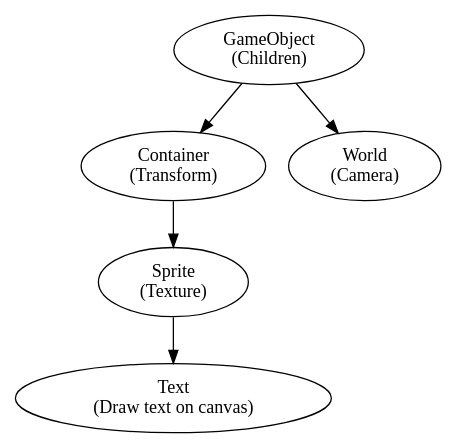
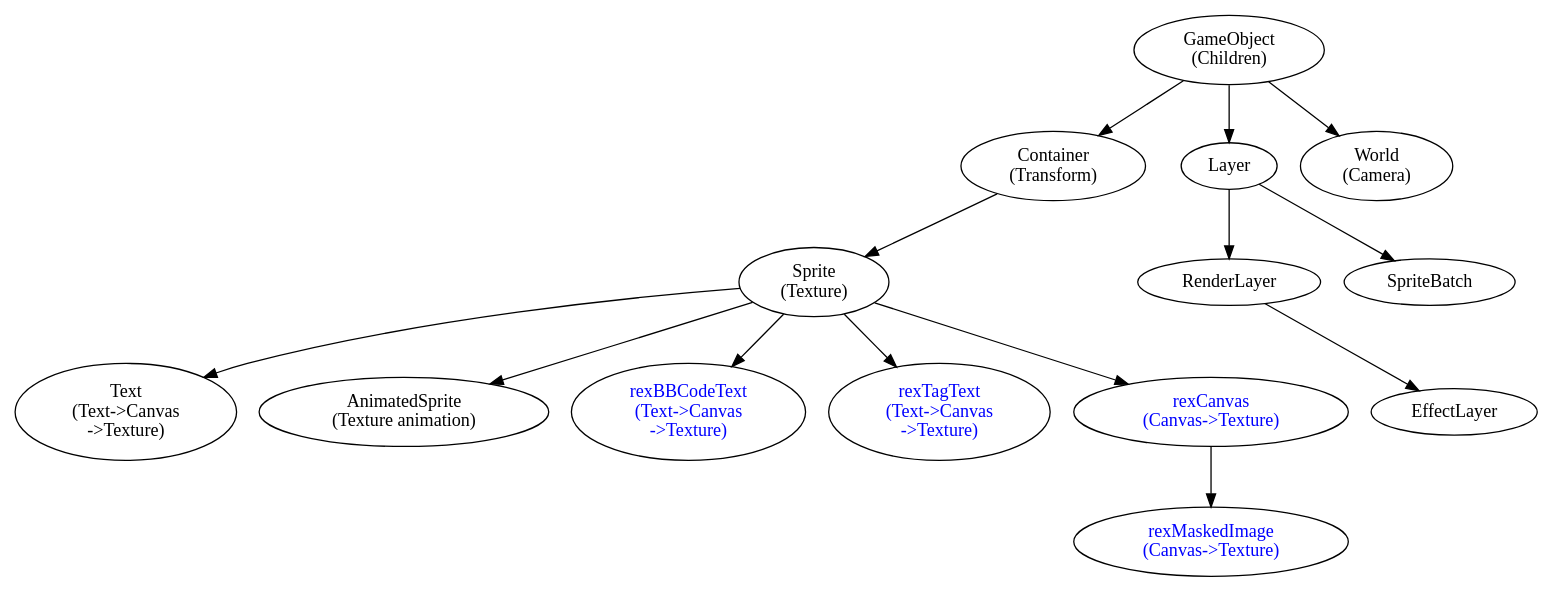
Before and after one commit to rexrainbow/phaser4-rex-plugins: the diagram in doc/source/gameobject/class-tree.dot, drawn with Graphviz. The commit also changed 5 other files, not shown here.

Commit message:
Update diagram

```diff
--- a/doc/source/gameobject/class-tree.dot
+++ b/doc/source/gameobject/class-tree.dot
@@ -1,15 +1,30 @@
 digraph ClassTree {
     GameObject[label="GameObject\n(Children)"]
     Container[label="Container\n(Transform)"]
     Sprite[label="Sprite\n(Texture)"]
-    Text[label="Text\n(Draw text on canvas)"]
+    Text[label="Text\n(Text->Canvas\n->Texture)"]
+    AnimatedSprite[label="AnimatedSprite\n(Texture animation)"]
+    
+    GOLayer[label="Layer"]
+    RenderLayer[label="RenderLayer"]
+    EffectLayer[label="EffectLayer"]
+    SpriteBatch[label="SpriteBatch"]
+    
+    rexBBCodeText[label="rexBBCodeText\n(Text->Canvas\n->Texture)",fontcolor="blue"]
+    rexTagText[label="rexTagText\n(Text->Canvas\n->Texture)",fontcolor="blue"]
+    rexCanvas[label="rexCanvas\n(Canvas->Texture)",fontcolor="blue"]
+    rexMaskedImage[label="rexMaskedImage\n(Canvas->Texture)",fontcolor="blue"]
     
     World[label="World\n(Camera)"]
 
-    GameObject -> Container
-    Container -> Sprite
-    Sprite -> Text
+    GameObject -> Container -> Sprite 
+    -> {AnimatedSprite,Text,rexBBCodeText,rexTagText,rexCanvas}
+     
+    rexCanvas -> rexMaskedImage
+    
+    GameObject -> GOLayer -> RenderLayer -> EffectLayer
+    GOLayer -> SpriteBatch
     
     
     GameObject -> World
 }
```
